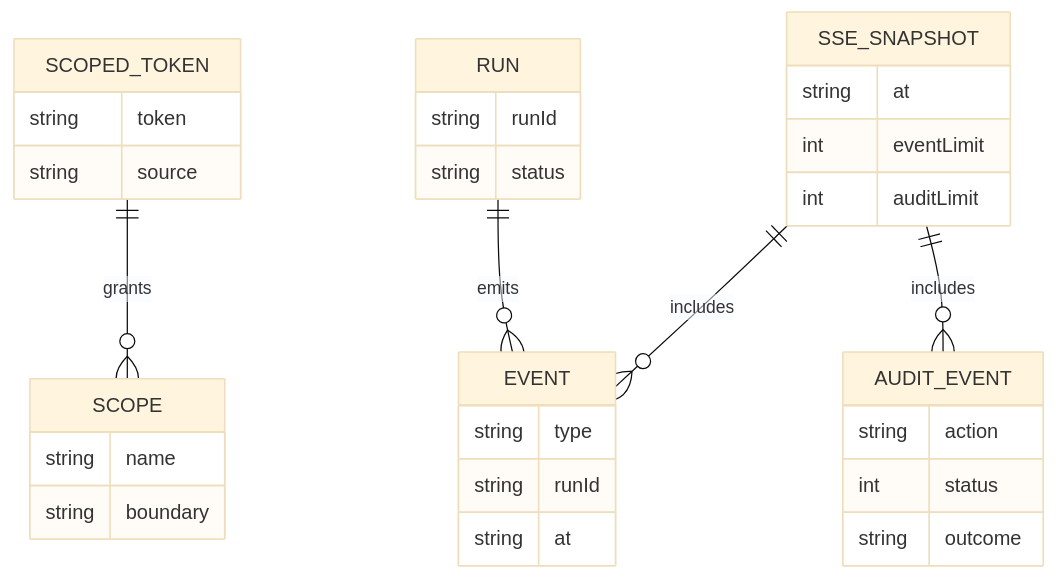
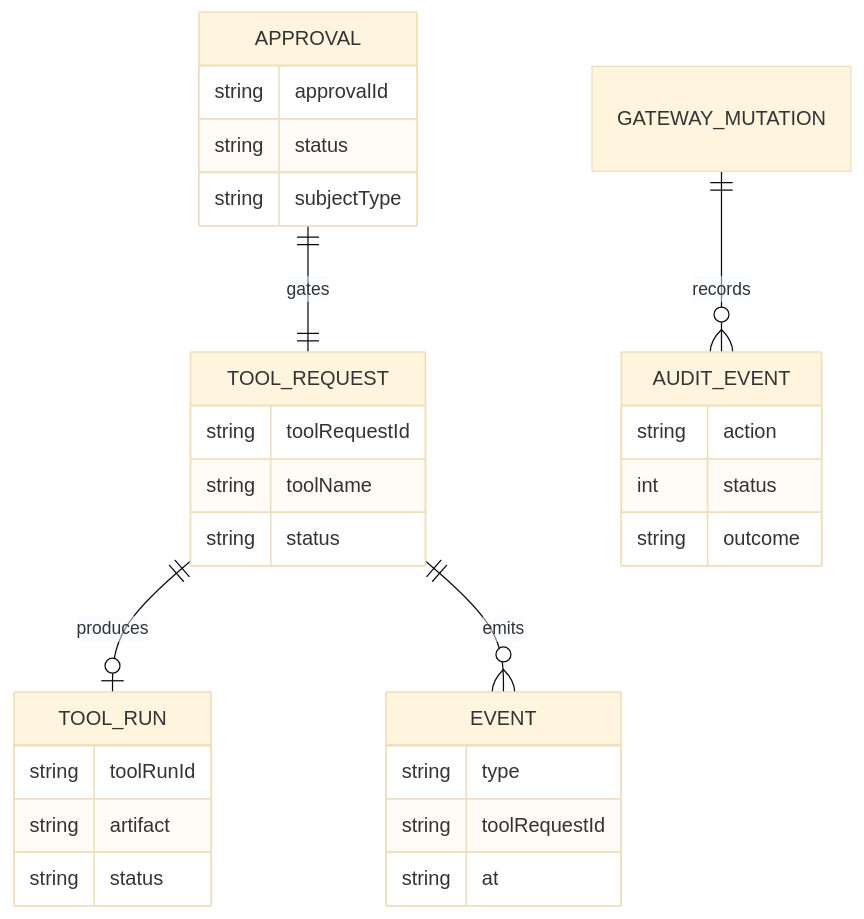
One commit to mayf3/myclaw changed the eighth of 10 diagrams in docs/implementation-architecture.md. Above: the diagram before and after it, drawn with Mermaid (base theme). The commit also changed other lines of this file and 33 other files, not shown here.

Commit message:
feat: add tool approval smoke

````diff
--- a/docs/implementation-architecture.md
+++ b/docs/implementation-architecture.md
@@ -240,14 +242,13 @@
 ```mermaid
 erDiagram
-  SCOPED_TOKEN ||--o{ SCOPE : grants
-  SSE_SNAPSHOT ||--o{ EVENT : includes
-  SSE_SNAPSHOT ||--o{ AUDIT_EVENT : includes
-  RUN ||--o{ EVENT : emits
+  APPROVAL ||--|| TOOL_REQUEST : gates
+  TOOL_REQUEST ||--o| TOOL_RUN : produces
+  TOOL_REQUEST ||--o{ EVENT : emits
+  GATEWAY_MUTATION ||--o{ AUDIT_EVENT : records
 
-  SCOPED_TOKEN { string token string source }
-  SCOPE { string name string boundary }
-  SSE_SNAPSHOT { string at int eventLimit int auditLimit }
-  RUN { string runId string status }
-  EVENT { string type string runId string at }
+  APPROVAL { string approvalId string status string subjectType }
+  TOOL_REQUEST { string toolRequestId string toolName string status }
+  TOOL_RUN { string toolRunId string artifact string status }
+  EVENT { string type string toolRequestId string at }
   AUDIT_EVENT { string action int status string outcome }
 ```
````
